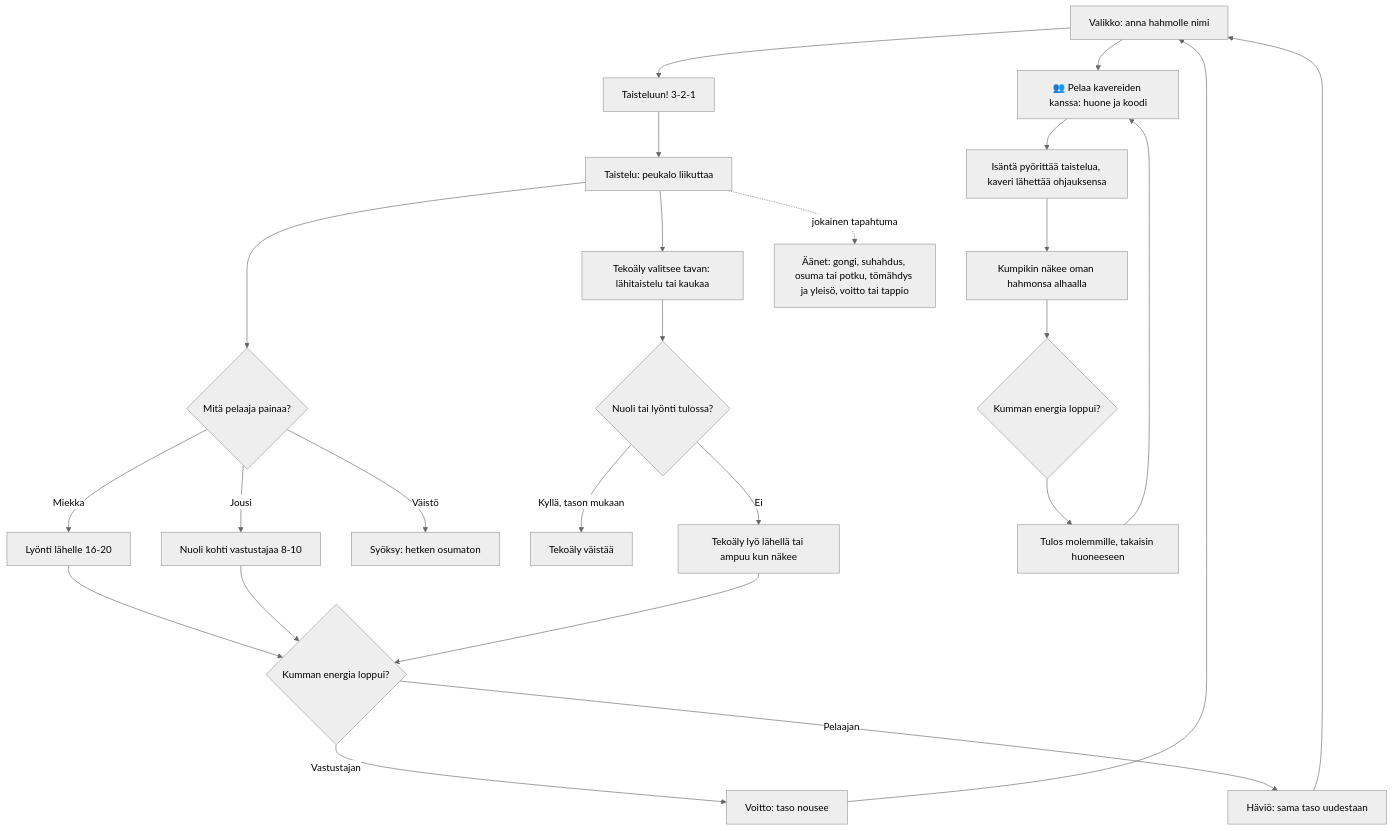
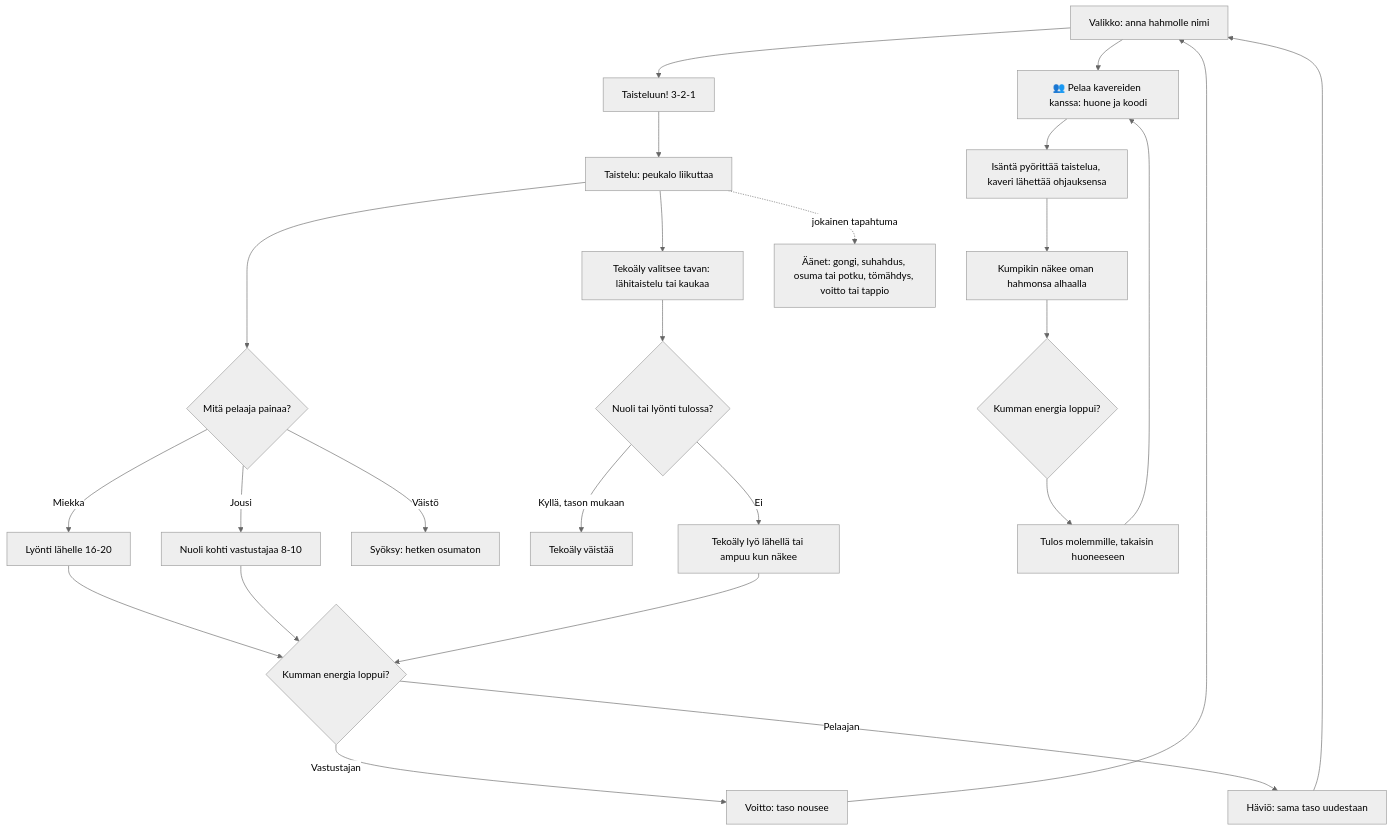
The diagram in docs/diagrams/areena.md (eerovil/ai-pelit), drawn with Mermaid (neutral theme) before and after one commit. The commit also changed other lines of this file and 254 other files, not shown here.

````diff
--- a/docs/diagrams/areena.md
+++ b/docs/diagrams/areena.md
@@ -9,36 +11,36 @@
 ```mermaid
 flowchart TD
   A[Valikko: anna hahmolle nimi] --> B[Taisteluun! 3-2-1]
   B --> C[Taistelu: peukalo liikuttaa]
   C --> D{Mitä pelaaja painaa?}
   D -- Miekka --> E[Lyönti lähelle 16-20]
   D -- Jousi --> F[Nuoli kohti vastustajaa 8-10]
   D -- Väistö --> G[Syöksy: hetken osumaton]
   C --> H[Tekoäly valitsee tavan: lähitaistelu tai kaukaa]
   H --> I{Nuoli tai lyönti tulossa?}
   I -- Kyllä, tason mukaan --> J[Tekoäly väistää]
   I -- Ei --> K[Tekoäly lyö lähellä tai ampuu kun näkee]
   E --> L{Kumman energia loppui?}
   F --> L
   K --> L
   L -- Vastustajan --> M[Voitto: taso nousee]
   L -- Pelaajan --> N[Häviö: sama taso uudestaan]
   M --> A
   N --> A
   A --> O[👥 Pelaa kavereiden kanssa: huone ja koodi]
   O --> P[Isäntä pyörittää taistelua, kaveri lähettää ohjauksensa]
   P --> Q[Kumpikin näkee oman hahmonsa alhaalla]
   Q --> R{Kumman energia loppui?}
   R --> S[Tulos molemmille, takaisin huoneeseen]
   S --> O
-  C -. jokainen tapahtuma .-> T[Äänet: gongi, suhahdus, osuma tai potku, tömähdys ja yleisö, voitto tai tappio]
+  C -. jokainen tapahtuma .-> T[Äänet: gongi, suhahdus, osuma tai potku, tömähdys, voitto tai tappio]
   class A,B,C blue
   class D,I,L amber
   class E,F,G teal
   class H,J,K violet
   class M green
   class O,P,Q,S teal
   class R amber
   class T violet
   class N rose
 ```
````
